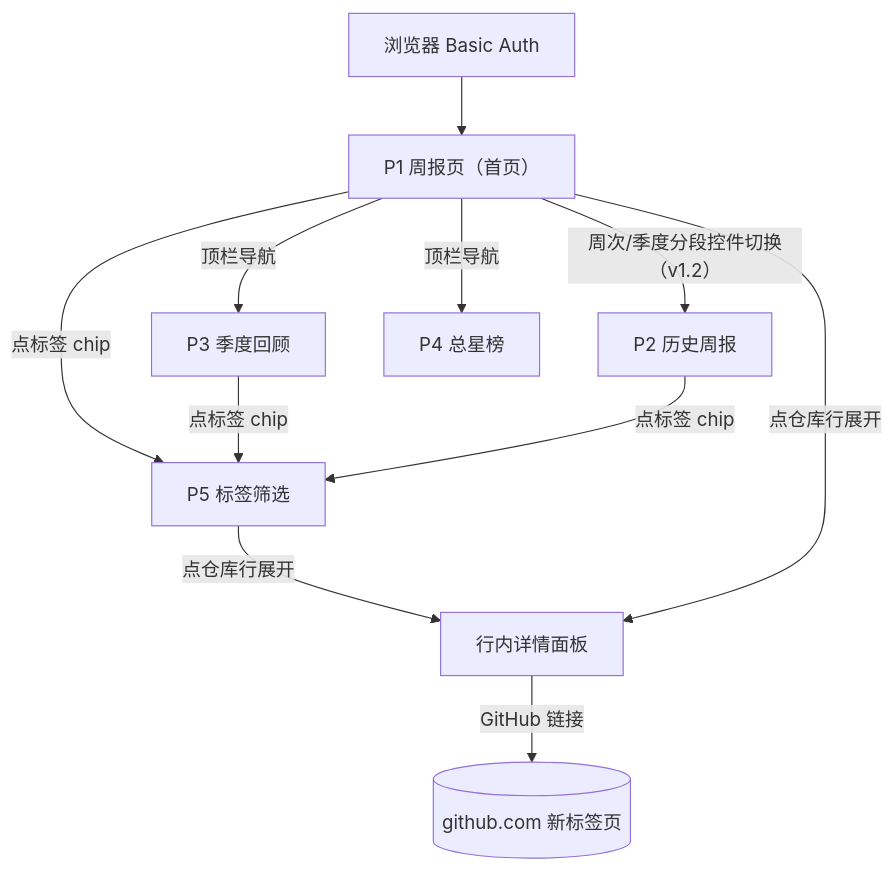
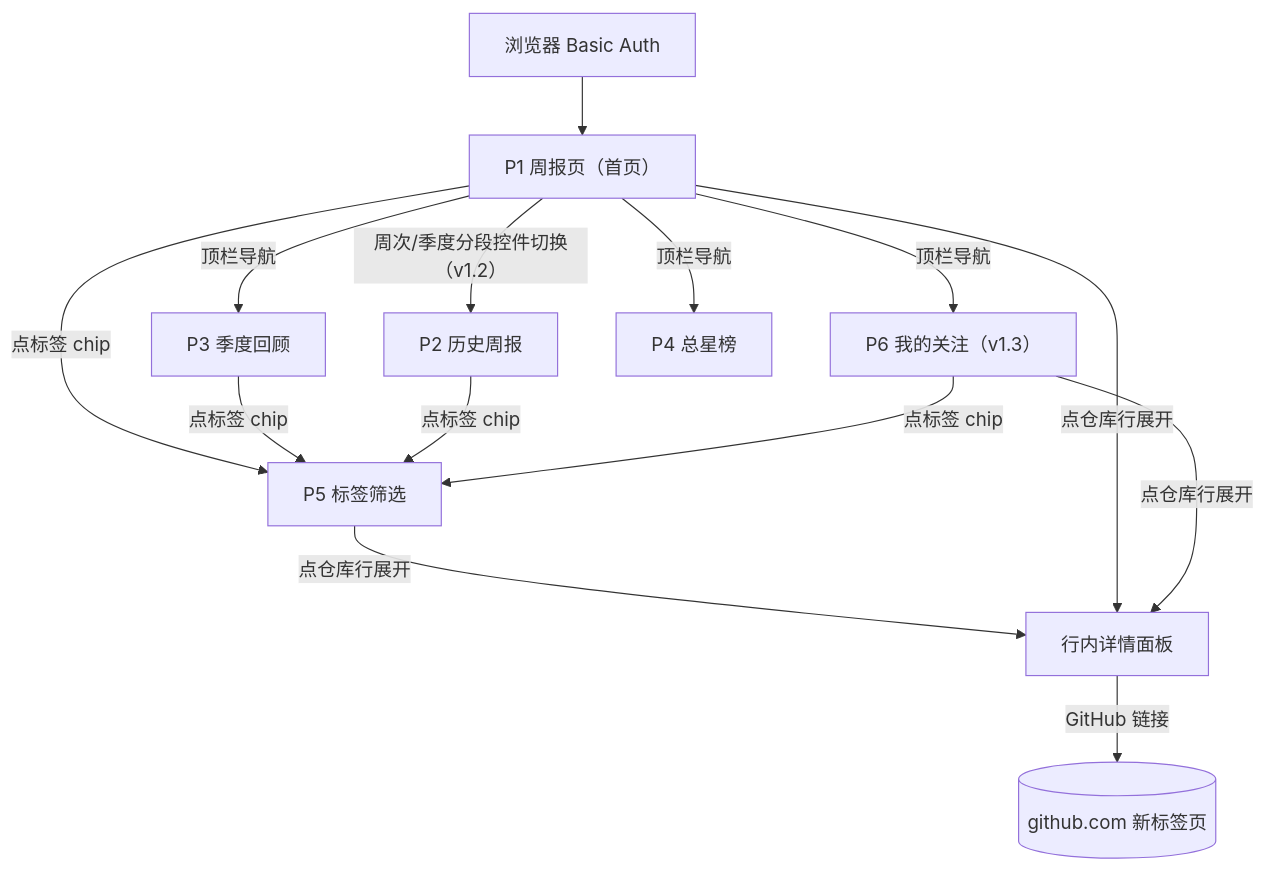
The first of 2 diagrams in docs/sop/交互流程说明.md (WENZIZZHENG/radar-github), drawn with Mermaid before and after one commit. The commit also changed other lines of this file and 4 other files, not shown here.

Commit message:
docs: T-015 全流程留痕（流程说明 v1.3＋示意图 v4 确认、详情卡清零、P6 分类想法入池）＋文档提交节奏/示意图分档两新规＋AGENTS.md 当前阶段同步

````diff
--- a/docs/sop/交互流程说明.md
+++ b/docs/sop/交互流程说明.md
@@ -26,13 +27,16 @@
 ```mermaid
 flowchart TD
   AUTH["浏览器 Basic Auth"] --> HOME["P1 周报页（首页）"]
   HOME -->|周次/季度分段控件切换（v1.2）| W["P2 历史周报"]
+  HOME -->|顶栏导航| F["P6 我的关注（v1.3）"]
   HOME -->|顶栏导航| Q["P3 季度回顾"]
   HOME -->|顶栏导航| T["P4 总星榜"]
   HOME -->|点标签 chip| TAG["P5 标签筛选"]
   Q -->|点标签 chip| TAG
   W -->|点标签 chip| TAG
+  F -->|点标签 chip| TAG
   TAG -->|点仓库行展开| DETAIL["行内详情面板"]
   HOME -->|点仓库行展开| DETAIL
+  F -->|点仓库行展开| DETAIL
   DETAIL -->|GitHub 链接| GH[("github.com 新标签页")]
 ```
````
